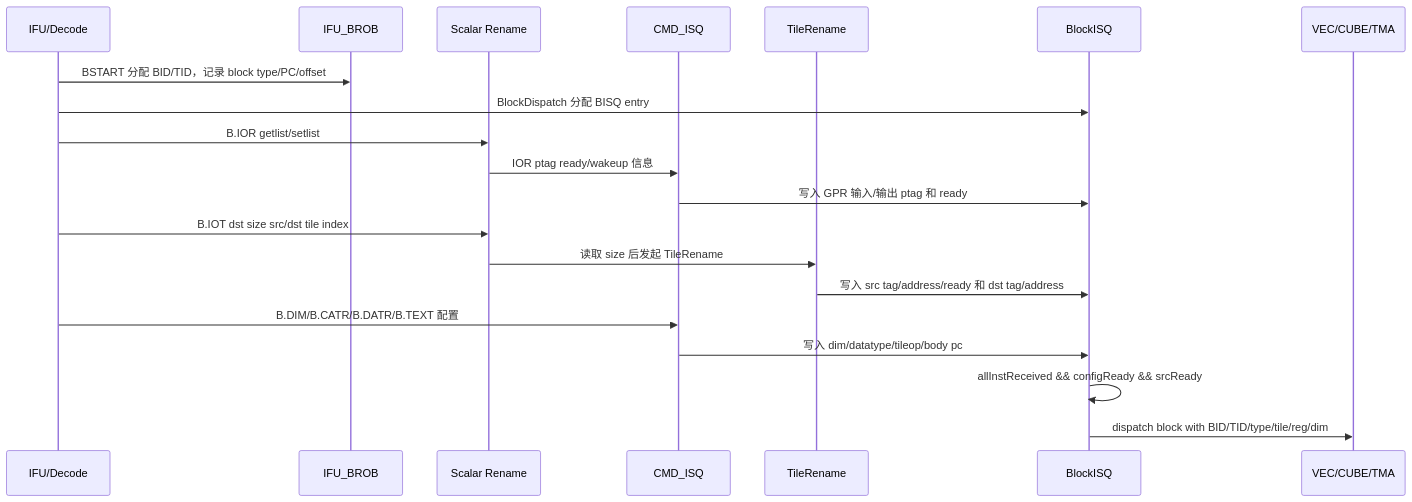
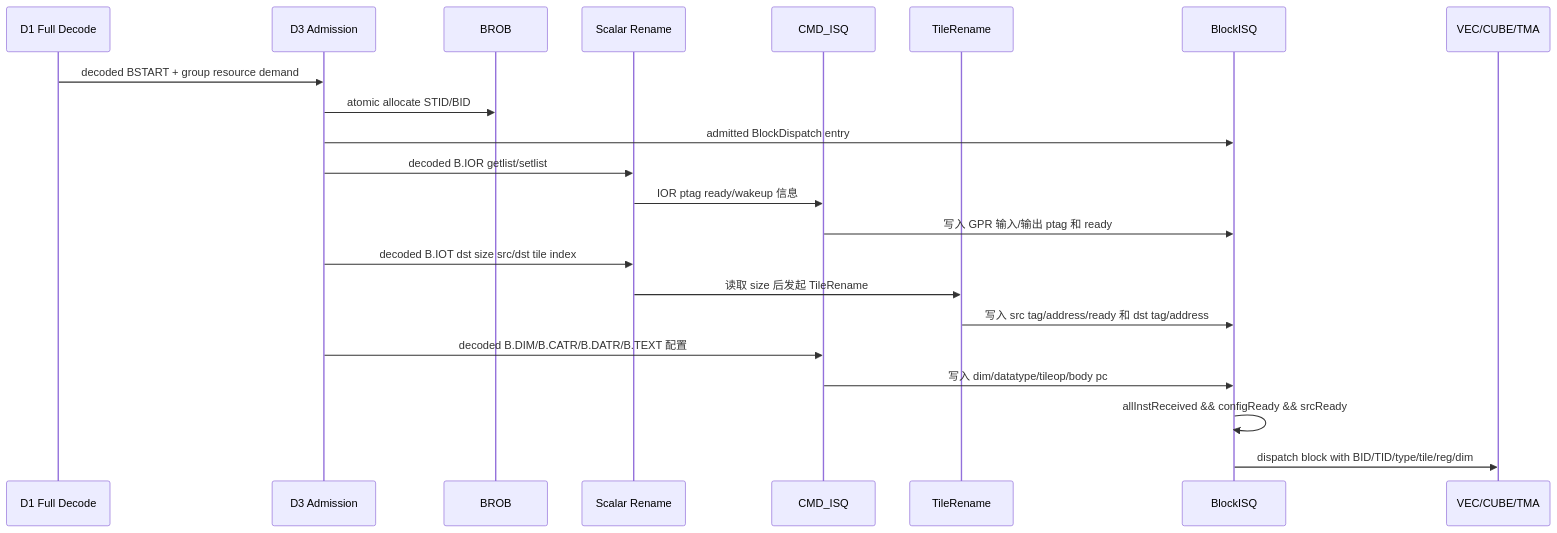
Before and after one commit to LinxISA/LinxCore: the second of 4 diagrams in docs/architecture/Janus/BCC/00_BCC_Architecture.md, drawn with Mermaid. The commit also changed other lines of this file and 73 other files, not shown here.

````diff
--- a/docs/architecture/Janus/BCC/00_BCC_Architecture.md
+++ b/docs/architecture/Janus/BCC/00_BCC_Architecture.md
@@ -116,23 +112,25 @@
 ```mermaid
 sequenceDiagram
-  participant IFU as IFU/Decode
-  participant BROB as IFU_BROB
+  participant D1 as D1 Full Decode
+  participant D3 as D3 Admission
+  participant BROB as BROB
   participant REN as Scalar Rename
   participant CMD as CMD_ISQ
   participant TR as TileRename
   participant BISQ as BlockISQ
   participant CORE as VEC/CUBE/TMA
 
-  IFU->>BROB: BSTART 分配 BID/TID，记录 block type/PC/offset
-  IFU->>BISQ: BlockDispatch 分配 BISQ entry
-  IFU->>REN: B.IOR getlist/setlist
+  D1->>D3: decoded BSTART + group resource demand
+  D3->>BROB: atomic allocate STID/BID
+  D3->>BISQ: admitted BlockDispatch entry
+  D3->>REN: decoded B.IOR getlist/setlist
   REN->>CMD: IOR ptag ready/wakeup 信息
   CMD->>BISQ: 写入 GPR 输入/输出 ptag 和 ready
-  IFU->>REN: B.IOT dst size src/dst tile index
+  D3->>REN: decoded B.IOT dst size src/dst tile index
   REN->>TR: 读取 size 后发起 TileRename
   TR->>BISQ: 写入 src tag/address/ready 和 dst tag/address
-  IFU->>CMD: B.DIM/B.CATR/B.DATR/B.TEXT 配置
+  D3->>CMD: decoded B.DIM/B.CATR/B.DATR/B.TEXT 配置
   CMD->>BISQ: 写入 dim/datatype/tileop/body pc
   BISQ->>BISQ: allInstReceived && configReady && srcReady
   BISQ->>CORE: dispatch block with BID/TID/type/tile/reg/dim
 ```
````
